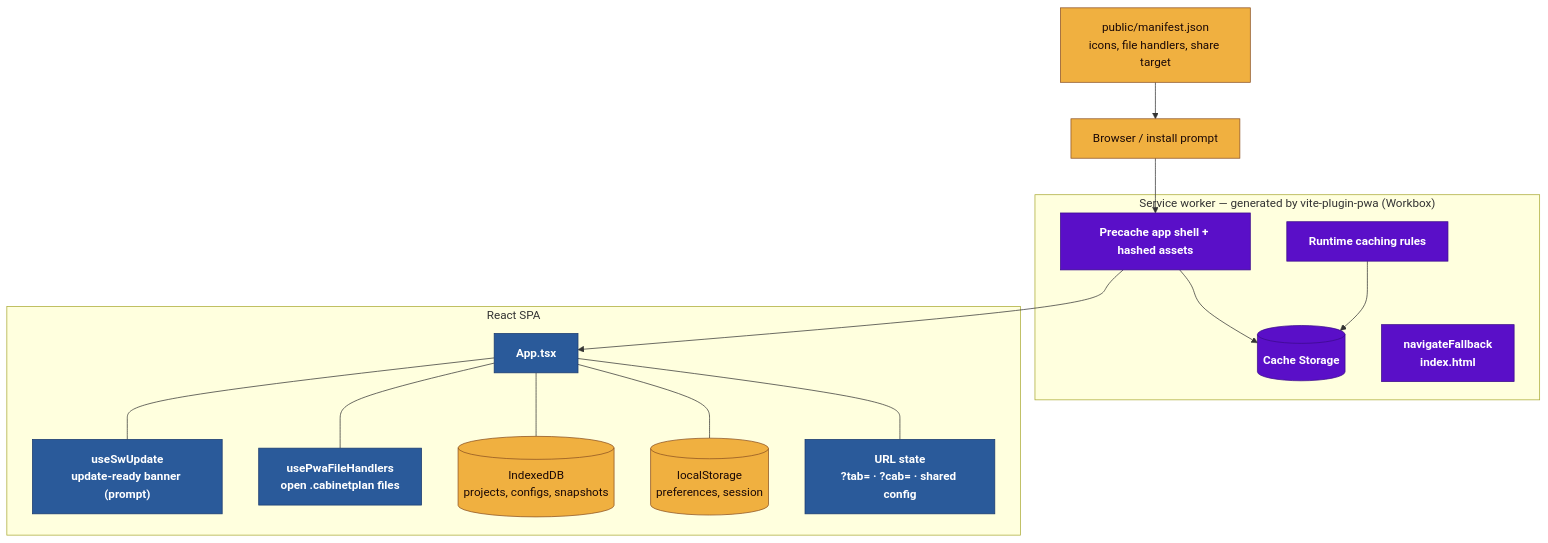
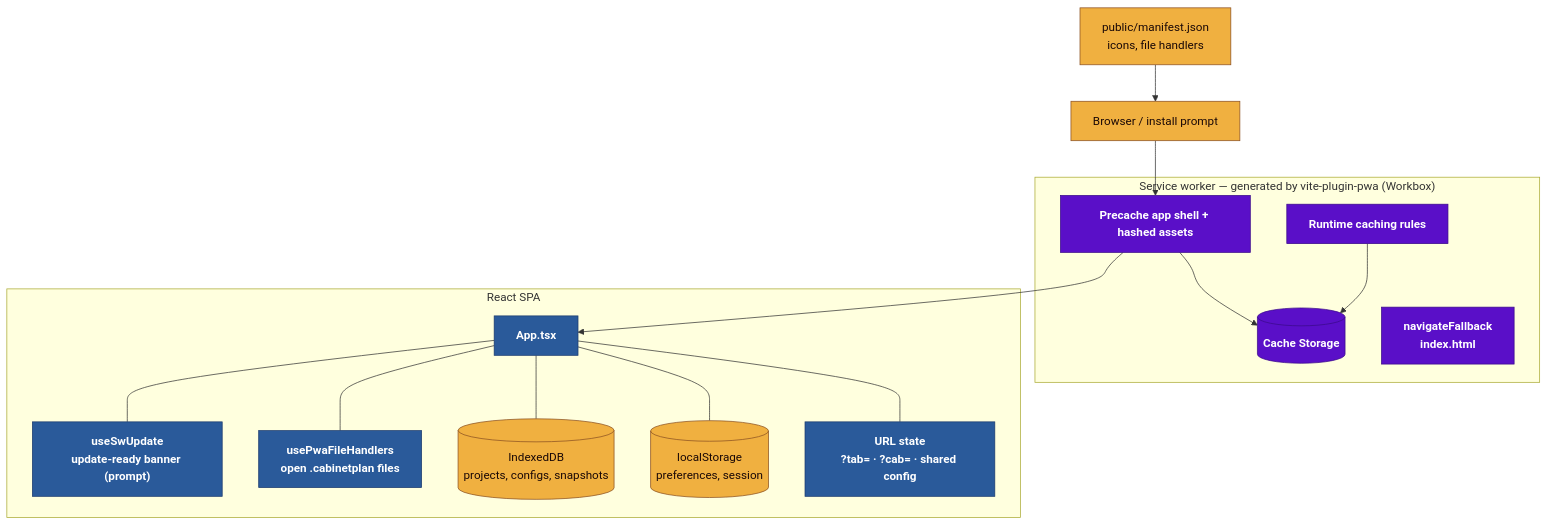
The seventh of 9 diagrams in docs/ARCHITECTURE.md (RajwanYair/WoodworkingShop), drawn with Mermaid before and after one commit. The commit also changed 76 other files, not shown here.

Commit message:
feat: continue v5.35.0 roadmap implementation

````diff
--- a/docs/ARCHITECTURE.md
+++ b/docs/ARCHITECTURE.md
@@ -375,38 +375,38 @@
 ```mermaid
 graph TD
   browser["Browser / install prompt"]
 
   subgraph SW ["Service worker — generated by vite-plugin-pwa (Workbox)"]
     sw["Precache app shell + hashed assets"]
     cache[("Cache Storage")]
     runtime["Runtime caching rules"]
     sw --> cache
     runtime --> cache
     fallback["navigateFallback<br/>index.html"]
   end
 
   subgraph App ["React SPA"]
     app["App.tsx"]
     update["useSwUpdate<br/>update-ready banner (prompt)"]
     files["usePwaFileHandlers<br/>open .cabinetplan files"]
     idb[("IndexedDB<br/>projects, configs, snapshots")]
     ls[("localStorage<br/>preferences, session")]
     urlp["URL state<br/>?tab= · ?cab= · shared config"]
     app --- update
     app --- files
     app --- idb
     app --- ls
     app --- urlp
   end
 
   browser --> sw
   sw --> app
-  manifest["public/manifest.json<br/>icons, file handlers, share target"] --> browser
+  manifest["public/manifest.json<br/>icons, file handlers"] --> browser
 
   classDef sw fill:#5a0fc8,stroke:#3a0a8a,color:#fff,font-weight:bold
   classDef app fill:#2a5a9a,stroke:#1a3a6e,color:#fff,font-weight:bold
   classDef storage fill:#f0b040,stroke:#8b5022,color:#1a0806
   class sw,cache,runtime,fallback sw
   class app,update,files,urlp app
   class manifest,browser,idb,ls storage
 ```
````
